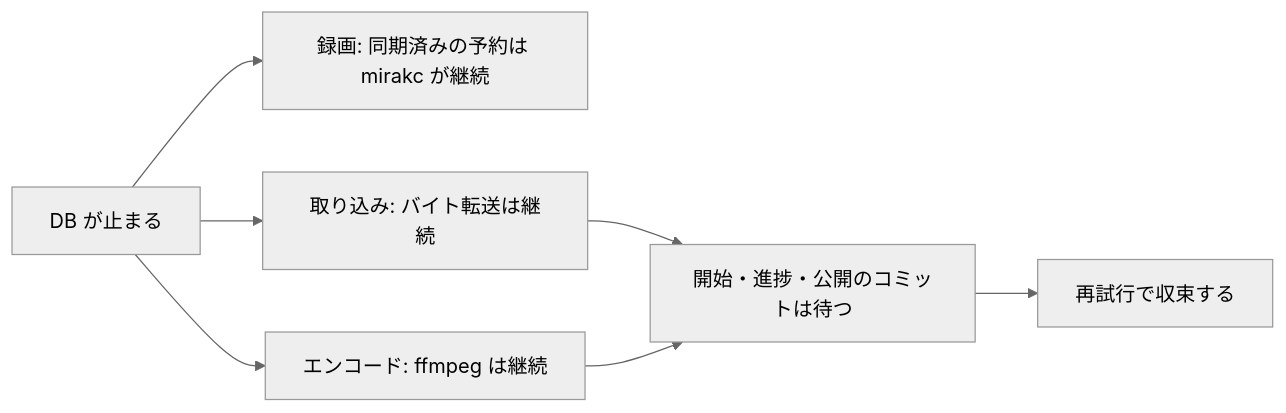
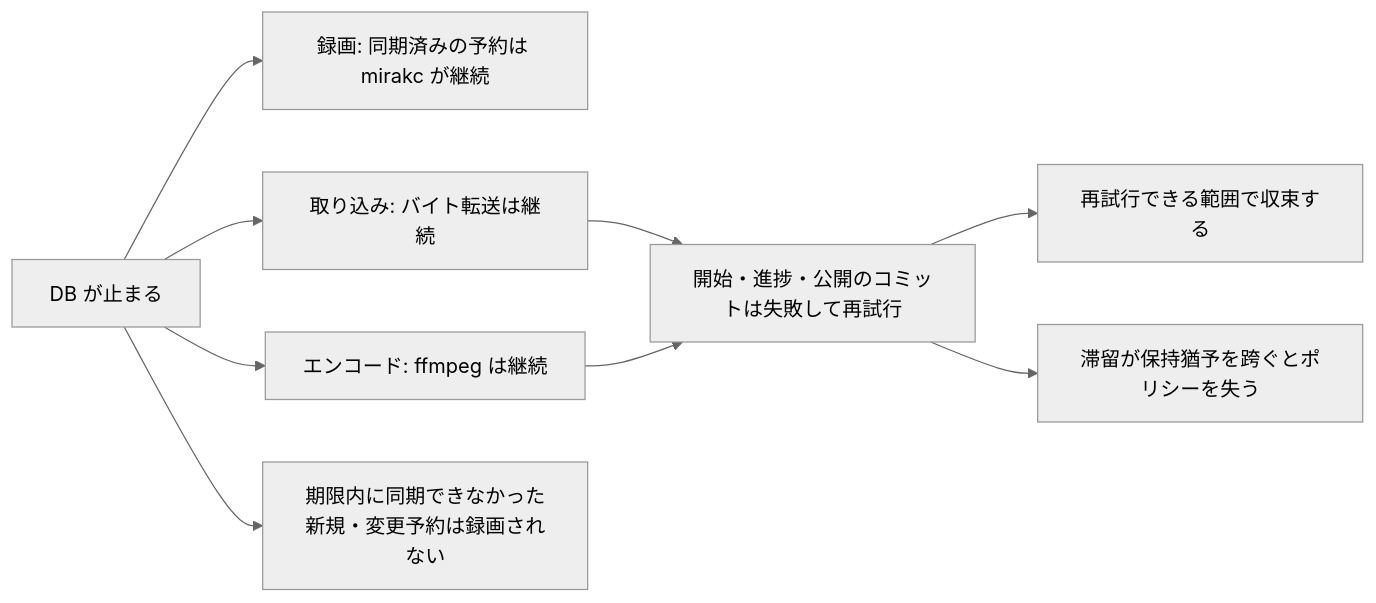
One commit to fetburner/rokuban changed the diagram in docs/data/jobs.md. Above: the diagram before and after it, drawn with Mermaid (neutral theme). The commit also changed other lines of this file and 24 other files, not shown here.

````diff
--- a/docs/data/jobs.md
+++ b/docs/data/jobs.md
@@ -275,9 +275,11 @@
 ```mermaid
 flowchart LR
   D[DB が止まる] --> A[録画: 同期済みの予約は mirakc が継続]
   D --> B[取り込み: バイト転送は継続]
   D --> C[エンコード: ffmpeg は継続]
-  B --> E[開始・進捗・公開のコミットは待つ]
+  B --> E[開始・進捗・公開のコミットは失敗して再試行]
   C --> E
-  E --> F[再試行で収束する]
+  E --> F[再試行できる範囲で収束する]
+  D --> G[期限内に同期できなかった新規・変更予約は録画されない]
+  E --> H[滞留が保持猶予を跨ぐとポリシーを失う]
 ```
````
